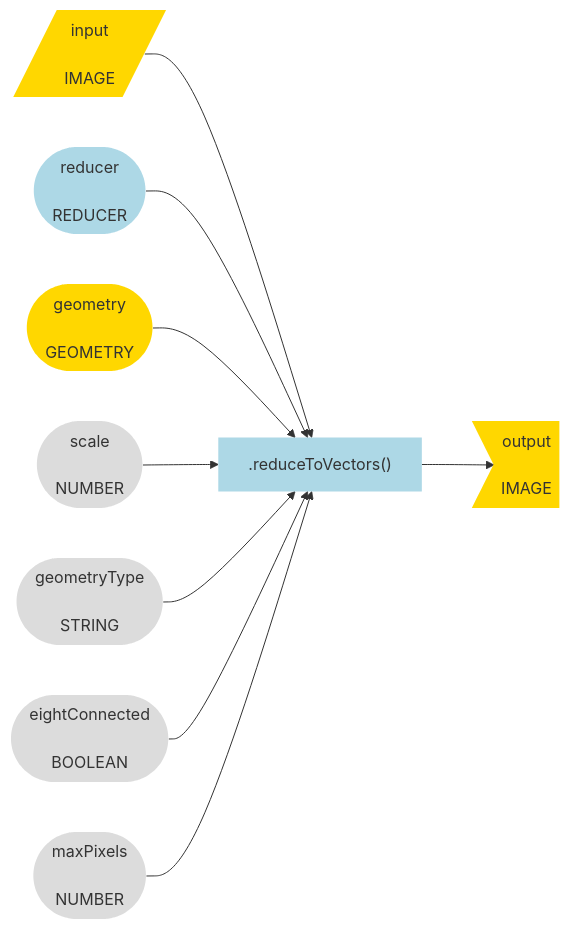
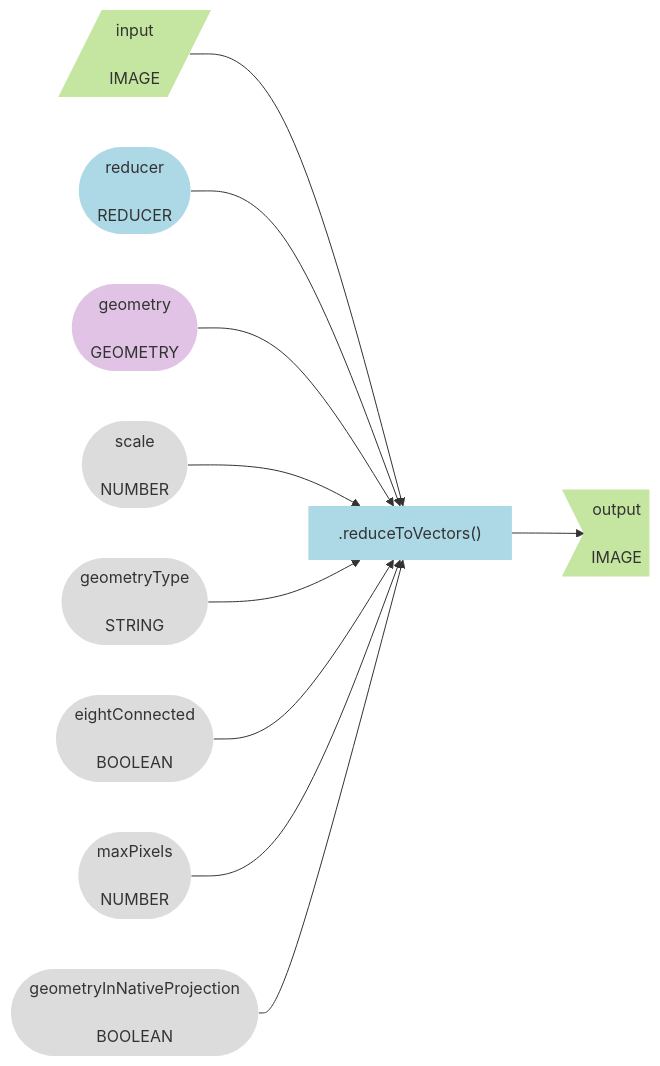
One commit to jeffhowarth/eeprimer changed diagram 13 of 17 in src/workflows/grassland_bird_habitat.md. Above: the diagram before and after it, drawn with Mermaid. The commit also changed other lines of this file and 5 other files, not shown here.

````diff
--- a/src/workflows/grassland_bird_habitat.md
+++ b/src/workflows/grassland_bird_habitat.md
@@ -551,23 +551,25 @@
 ``` mermaid
 graph LR
   input[/input\n\nIMAGE/] --> method1[".reduceToVectors()"] ;
   method1 --> output>output\n\nIMAGE];
 
   arg_att1([reducer\n\nREDUCER]) --> method1;
   arg_att2([geometry\n\nGEOMETRY]) --> method1;
   arg_att3([scale\n\nNUMBER]) --> method1;
   arg_att4([geometryType\n\nSTRING]) --> method1;
   arg_att5([eightConnected\n\nBOOLEAN]) --> method1;
   arg_att6([maxPixels\n\nNUMBER]) --> method1;
+  arg_att7([geometryInNativeProjection\n\nBOOLEAN]) --> method1;
 
-  style input fill:#FFD700,stroke-width:0px
+  style input fill:#C5E6A1,stroke-width:0px
   style method1 fill:#ADD8E6,stroke-width:0px
-  style output fill:#FFD700,stroke-width:0px
+  style output fill:#C5E6A1,stroke-width:0px
 
   style arg_att1 fill:#ADD8E6,stroke-width:0px
-  style arg_att2 fill:#FFD700,stroke-width:0px
+  style arg_att2 fill:#E1C3E6,stroke-width:0px
   style arg_att3 fill:#DCDCDC,stroke-width:0px
   style arg_att4 fill:#DCDCDC,stroke-width:0px
   style arg_att5 fill:#DCDCDC,stroke-width:0px
   style arg_att6 fill:#DCDCDC,stroke-width:0px
+  style arg_att7 fill:#DCDCDC,stroke-width:0px
 ```
````
